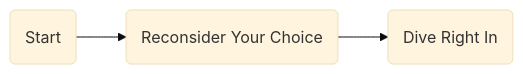
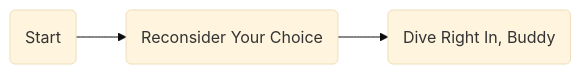
Before and after one commit to jpratt-mru/mermaid-test: the second of 2 diagrams in README.md, drawn with Mermaid (base theme).

````diff
--- a/README.md
+++ b/README.md
@@ -19,9 +19,9 @@
 ```mermaid
 graph LR
     id0(Start)
     id1(Reconsider Your Choice)
-    id2(Dive Right In)
+    id2(Dive Right In, Buddy)
     
     id0-->id1
     id1-->id2
 ```
````
